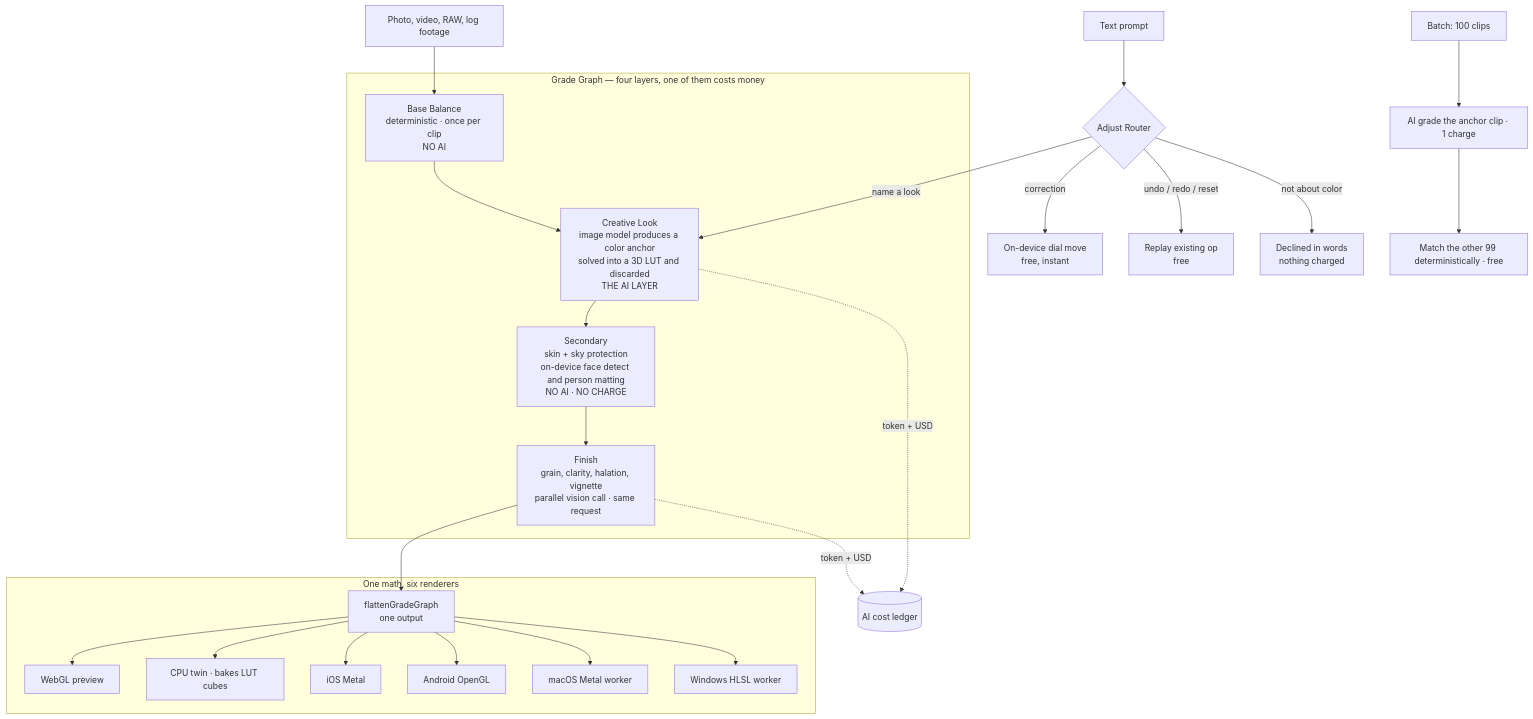
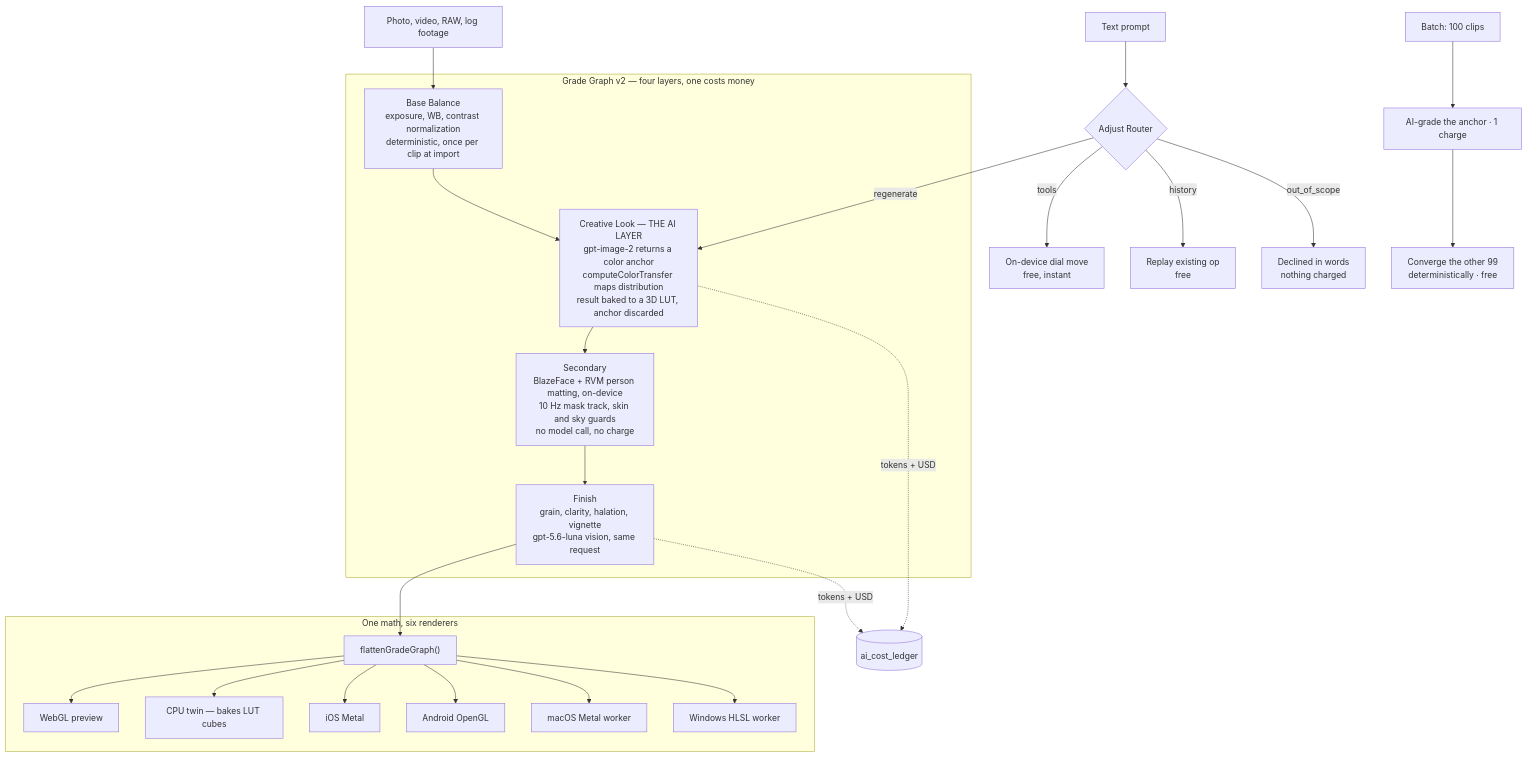
One commit to jimmy1220fbab/fauve-case-study changed the first of 2 diagrams in README.md. Above: the diagram before and after it, drawn with Mermaid. The commit also changed other lines of this file, not shown here.

First line of the commit message:
Raise disclosure to architecture level

````diff
--- a/README.md
+++ b/README.md
@@ -23,34 +23,34 @@
 ```mermaid
 flowchart TB
   IN["Photo, video, RAW, log footage"] --> IMPORT
 
-  subgraph Graph["Grade Graph — four layers, one of them costs money"]
-    IMPORT["Base Balance<br/>deterministic · once per clip<br/>NO AI"] --> CREATIVE
-    CREATIVE["Creative Look<br/>image model produces a color anchor<br/>solved into a 3D LUT and discarded<br/>THE AI LAYER"] --> SECOND
-    SECOND["Secondary<br/>skin + sky protection<br/>on-device face detect and person matting<br/>NO AI · NO CHARGE"] --> FINISH
-    FINISH["Finish<br/>grain, clarity, halation, vignette<br/>parallel vision call · same request"]
+  subgraph Graph["Grade Graph v2 — four layers, one costs money"]
+    IMPORT["Base Balance<br/>exposure, WB, contrast normalization<br/>deterministic, once per clip at import"] --> CREATIVE
+    CREATIVE["Creative Look — THE AI LAYER<br/>gpt-image-2 returns a color anchor<br/>computeColorTransfer maps distribution<br/>result baked to a 3D LUT, anchor discarded"] --> SECOND
+    SECOND["Secondary<br/>BlazeFace + RVM person matting, on-device<br/>10 Hz mask track, skin and sky guards<br/>no model call, no charge"] --> FINISH
+    FINISH["Finish<br/>grain, clarity, halation, vignette<br/>gpt-5.6-luna vision, same request"]
   end
 
-  FINISH --> FLAT["flattenGradeGraph<br/>one output"]
+  FINISH --> FLAT["flattenGradeGraph()"]
 
   subgraph Render["One math, six renderers"]
     FLAT --> W["WebGL preview"]
-    FLAT --> C["CPU twin · bakes LUT cubes"]
+    FLAT --> C["CPU twin — bakes LUT cubes"]
     FLAT --> M1["iOS Metal"]
     FLAT --> M2["Android OpenGL"]
     FLAT --> M3["macOS Metal worker"]
     FLAT --> M4["Windows HLSL worker"]
   end
 
   PROMPT["Text prompt"] --> ROUTER{"Adjust Router"}
-  ROUTER -->|correction| FREE1["On-device dial move<br/>free, instant"]
-  ROUTER -->|undo / redo / reset| FREE2["Replay existing op<br/>free"]
-  ROUTER -->|not about color| DECLINE["Declined in words<br/>nothing charged"]
-  ROUTER -->|name a look| CREATIVE
+  ROUTER -->|tools| FREE1["On-device dial move<br/>free, instant"]
+  ROUTER -->|history| FREE2["Replay existing op<br/>free"]
+  ROUTER -->|out_of_scope| DECLINE["Declined in words<br/>nothing charged"]
+  ROUTER -->|regenerate| CREATIVE
 
-  BATCH["Batch: 100 clips"] --> ANCHOR["AI grade the anchor clip · 1 charge"]
-  ANCHOR --> MATCH["Match the other 99 deterministically · free"]
+  BATCH["Batch: 100 clips"] --> ANCHOR["AI-grade the anchor · 1 charge"]
+  ANCHOR --> MATCH["Converge the other 99<br/>deterministically · free"]
 
-  CREATIVE -.token + USD.-> LEDGER[("AI cost ledger")]
-  FINISH -.token + USD.-> LEDGER
+  CREATIVE -.tokens + USD.-> LEDGER[("ai_cost_ledger")]
+  FINISH -.tokens + USD.-> LEDGER
 ```
````
